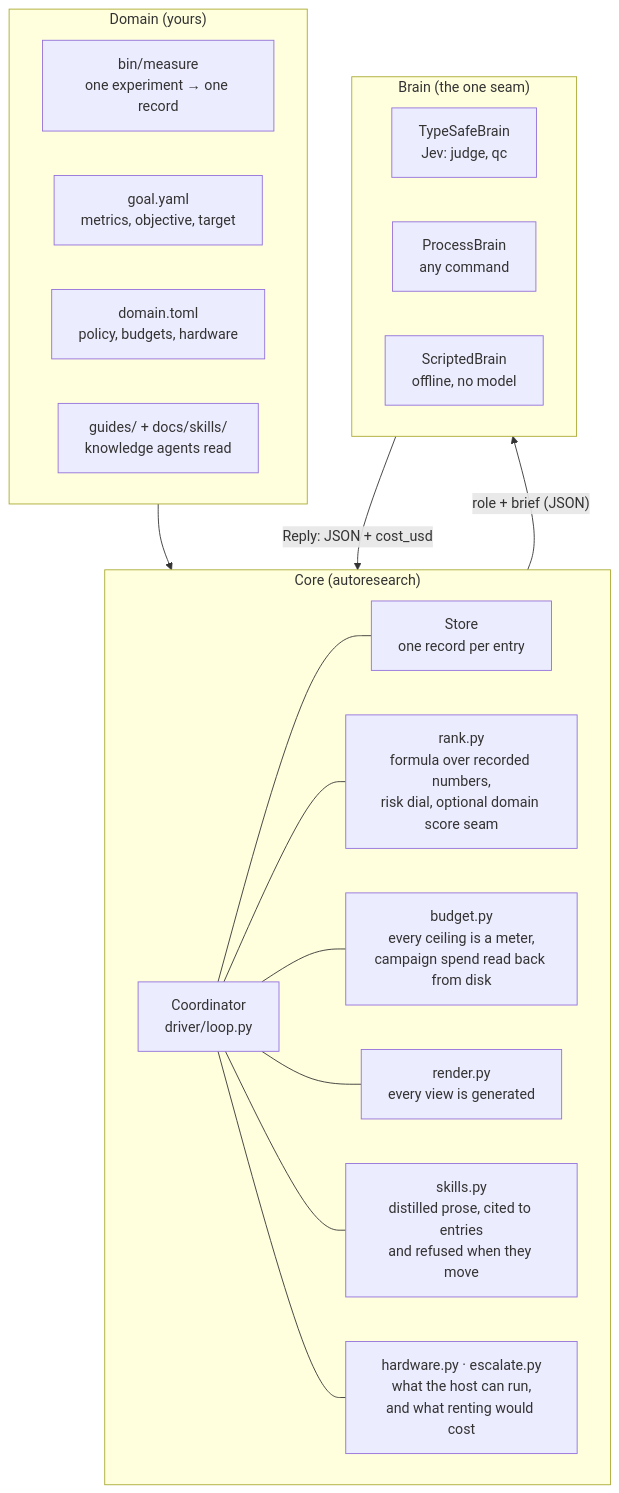
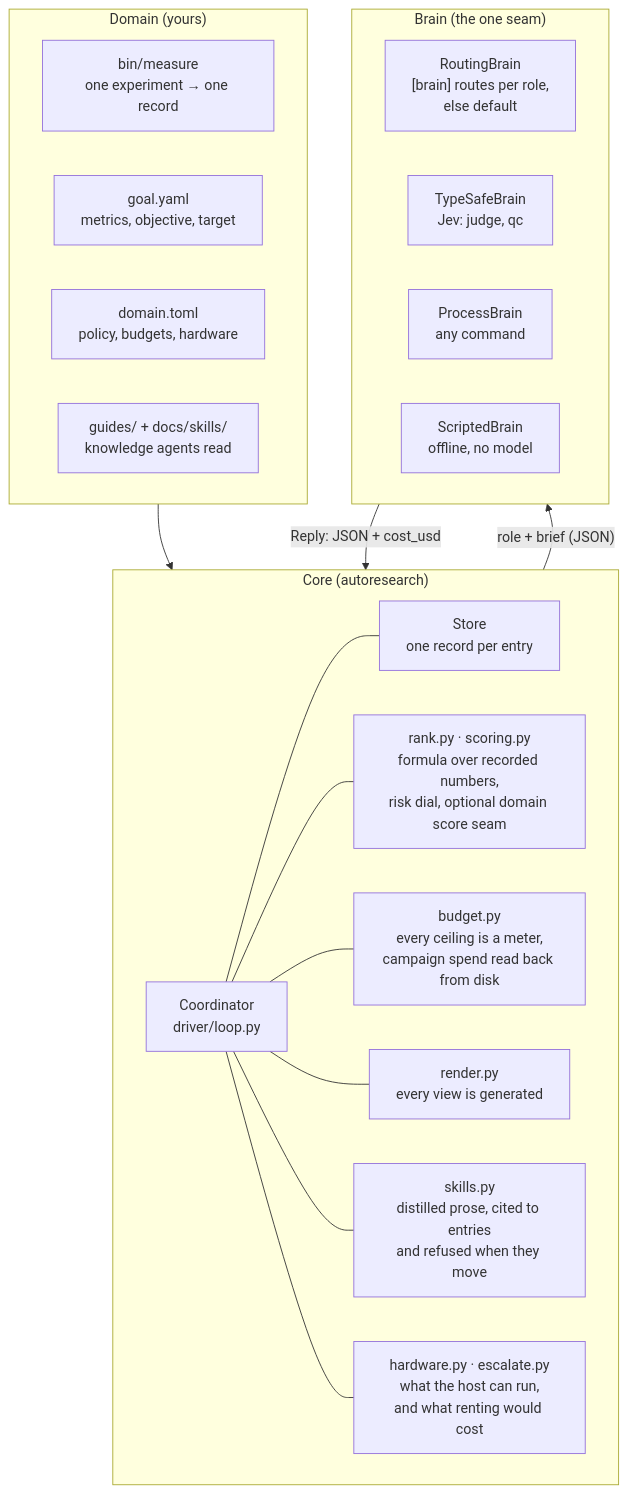
Before and after one commit to Ryun1/auto-research-toolkit: the first of 6 diagrams in docs/ARCHITECTURE.md, drawn with Mermaid. The commit also changed other lines of this file and 4 other files, not shown here.

First line of the commit message:
Docs: architecture, upgrading and native-driver match the code; a CHANGELOG

````diff
--- a/docs/ARCHITECTURE.md
+++ b/docs/ARCHITECTURE.md
@@ -19,38 +22,39 @@
 ```mermaid
 flowchart TB
     subgraph domain["Domain (yours)"]
         direction LR
         measure["bin/measure<br/>one experiment → one record"]
         goal["goal.yaml<br/>metrics, objective, target"]
         policy["domain.toml<br/>policy, budgets, hardware"]
         guides["guides/ + docs/skills/<br/>knowledge agents read"]
     end
 
     subgraph core["Core (autoresearch)"]
         direction LR
         coord["Coordinator<br/>driver/loop.py"]
         store["Store<br/>one record per entry"]
-        rank["rank.py<br/>formula over recorded numbers,<br/>risk dial, optional domain score seam"]
+        rank["rank.py · scoring.py<br/>formula over recorded numbers,<br/>risk dial, optional domain score seam"]
         budget["budget.py<br/>every ceiling is a meter,<br/>campaign spend read back from disk"]
         render["render.py<br/>every view is generated"]
         skills["skills.py<br/>distilled prose, cited to entries<br/>and refused when they move"]
         hw["hardware.py · escalate.py<br/>what the host can run,<br/>and what renting would cost"]
     end
 
     subgraph brainlayer["Brain (the one seam)"]
         direction LR
+        routing["RoutingBrain<br/>[brain] routes per role,<br/>else default"]
         typesafe["TypeSafeBrain<br/>Jev: judge, qc"]
         process["ProcessBrain<br/>any command"]
         scripted["ScriptedBrain<br/>offline, no model"]
     end
 
     domain --> core
     core -->|"role + brief (JSON)"| brainlayer
     brainlayer -->|"Reply: JSON + cost_usd"| core
     coord --- store
     coord --- rank
     coord --- budget
     coord --- render
     coord --- skills
     coord --- hw
 ```
````
